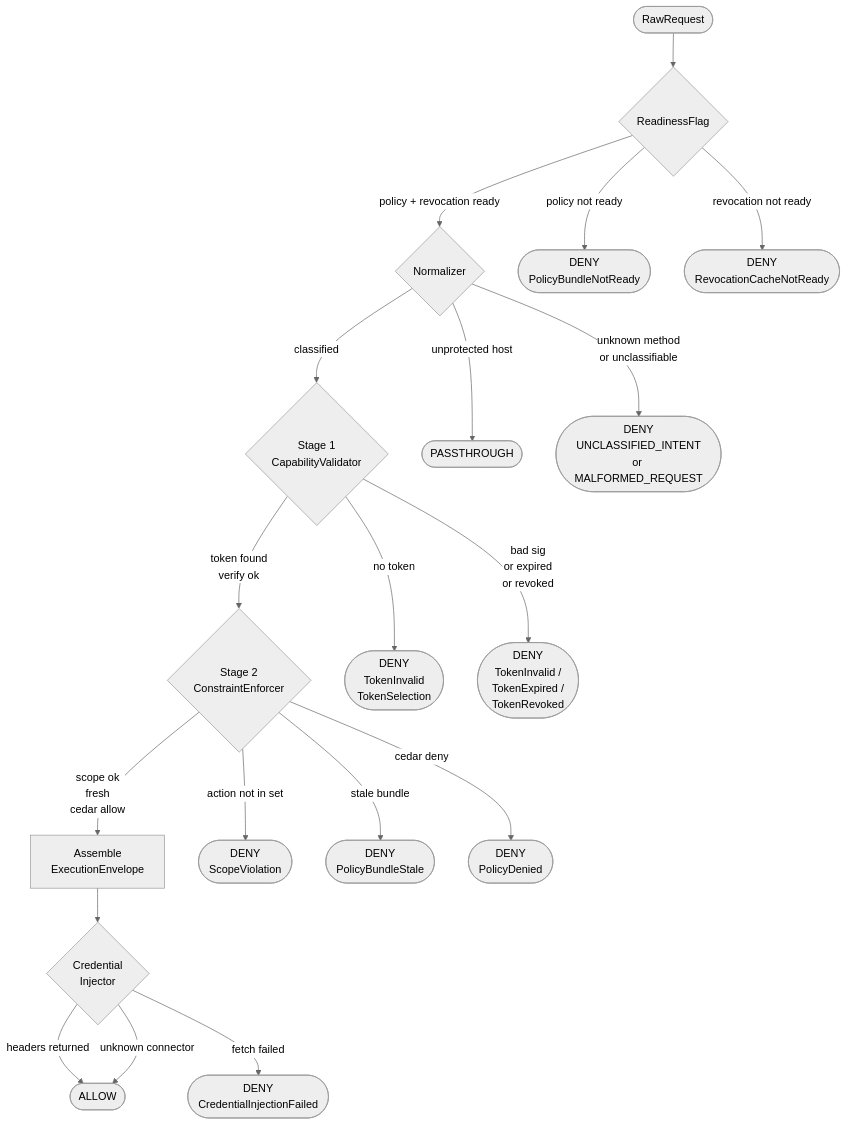
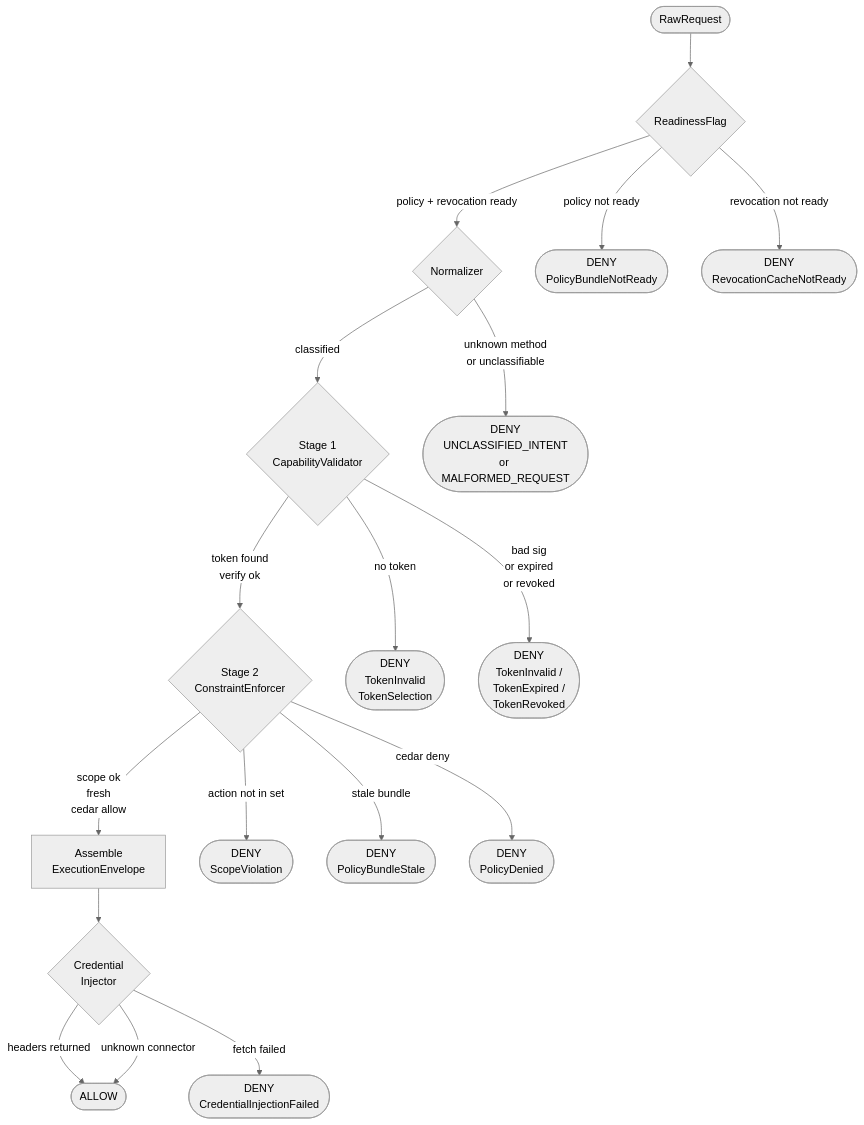
One commit to Firma-AI/openfirma changed the fourth of 10 diagrams in docs/architecture/sidecar-overview.md. Above: the diagram before and after it, drawn with Mermaid (neutral theme). The commit also changed other lines of this file and 570 other files, not shown here.

````diff
--- a/docs/architecture/sidecar-overview.md
+++ b/docs/architecture/sidecar-overview.md
@@ -198,25 +196,24 @@
 ```mermaid
 flowchart TB
     raw([RawRequest])
     raw --> ready{ReadinessFlag}
     ready -->|policy + revocation ready| norm{Normalizer}
     ready -->|policy not ready| denyready1([DENY<br/>PolicyBundleNotReady])
     ready -->|revocation not ready| denyready2([DENY<br/>RevocationCacheNotReady])
     norm -->|classified| s1{Stage 1<br/>CapabilityValidator}
-    norm -->|unprotected host| passthrough([PASSTHROUGH])
     norm -->|unknown method<br/>or unclassifiable| deny1([DENY<br/>UNCLASSIFIED_INTENT<br/>or MALFORMED_REQUEST])
 
     s1 -->|token found<br/>verify ok| s2{Stage 2<br/>ConstraintEnforcer}
     s1 -->|no token| deny2([DENY<br/>TokenInvalid<br/>TokenSelection])
     s1 -->|bad sig<br/>or expired<br/>or revoked| deny3([DENY<br/>TokenInvalid /<br/>TokenExpired /<br/>TokenRevoked])
 
     s2 -->|scope ok<br/>fresh<br/>cedar allow| assemble[Assemble<br/>ExecutionEnvelope]
     s2 -->|action not in set| deny4([DENY<br/>ScopeViolation])
     s2 -->|stale bundle| deny5([DENY<br/>PolicyBundleStale])
     s2 -->|cedar deny| deny6([DENY<br/>PolicyDenied])
 
     assemble --> inj{Credential<br/>Injector}
     inj -->|headers returned| allow([ALLOW])
     inj -->|unknown connector| allow
     inj -->|fetch failed| deny7([DENY<br/>CredentialInjectionFailed])
 ```
````
